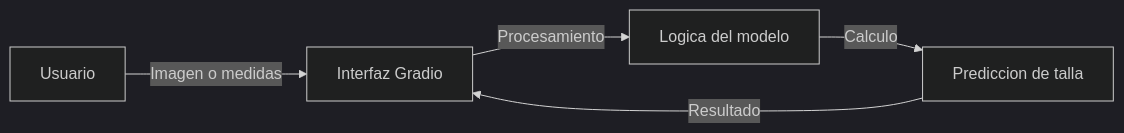
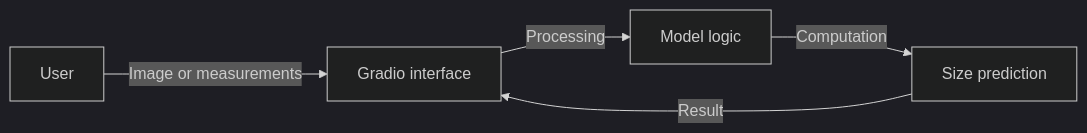
Before and after one commit to giansmart/shoe-sizer: the first of 2 diagrams in README.md, drawn with Mermaid (dark theme). The commit also changed other lines of this file, not shown here.

````diff
--- a/README.md
+++ b/README.md
@@ -37,7 +37,7 @@
 ```mermaid
 flowchart LR
-    U[Usuario] -->|Imagen o medidas| G[Interfaz Gradio]
-    G -->|Procesamiento| M[Logica del modelo]
-    M -->|Calculo| P[Prediccion de talla]
-    P -->|Resultado| G
+    U[User] -->|Image or measurements| G[Gradio interface]
+    G -->|Processing| M[Model logic]
+    M -->|Computation| P[Size prediction]
+    P -->|Result| G
 ```
````
